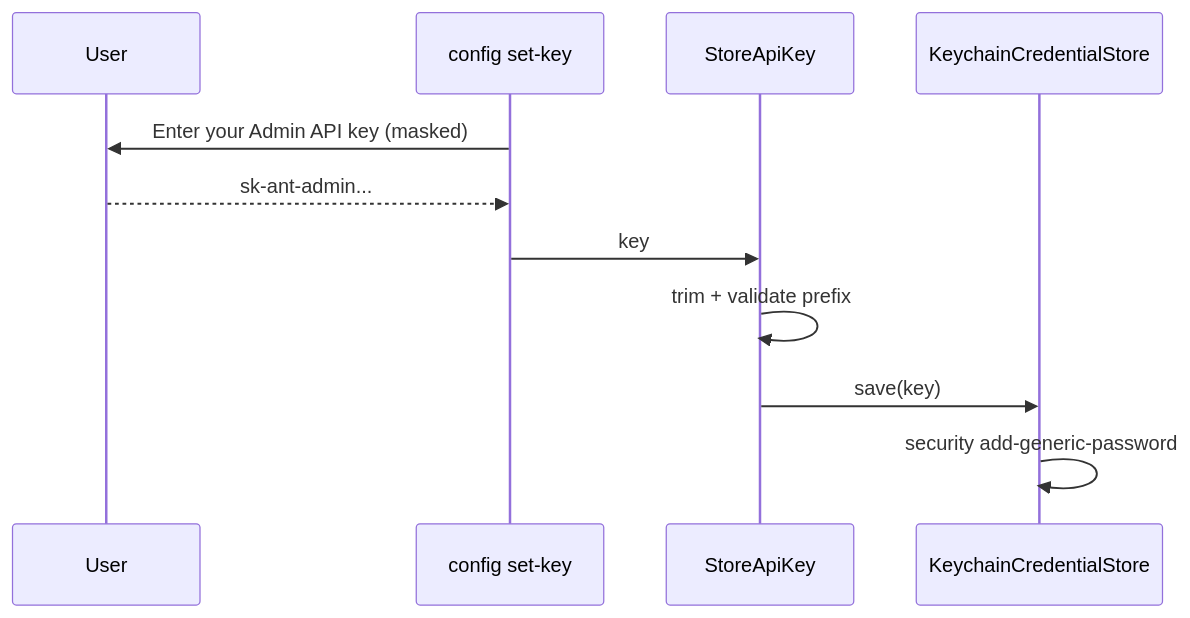
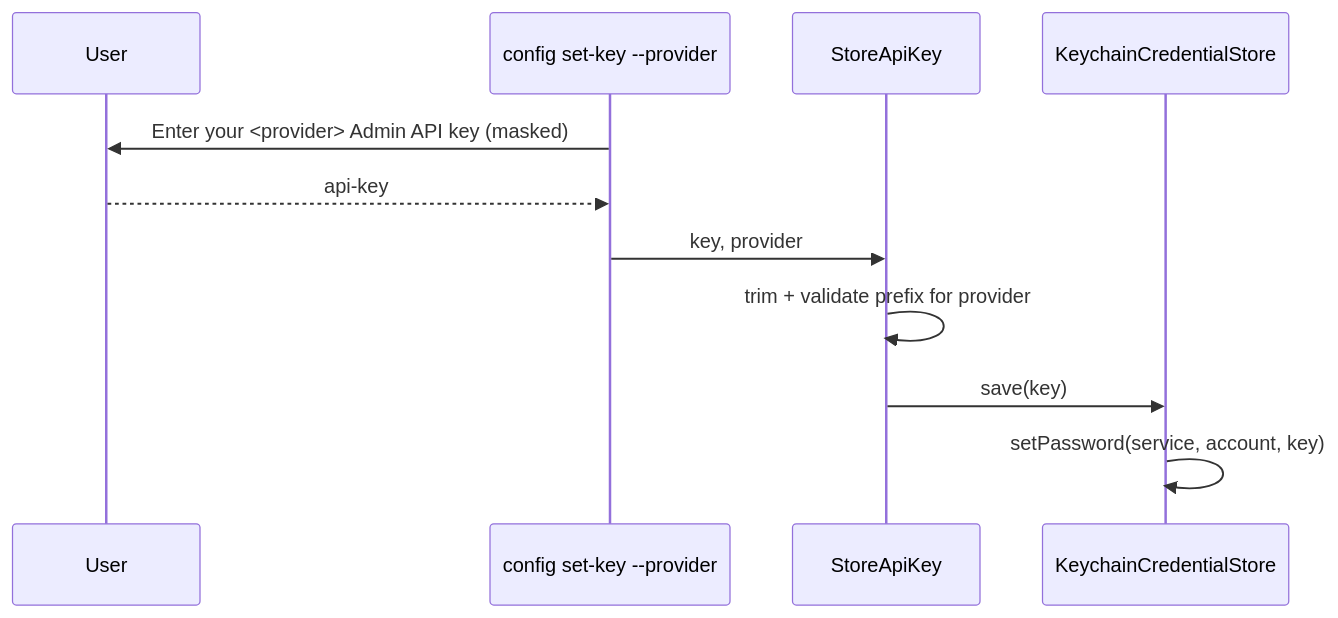
The fourth of 4 diagrams in spec/architecture.md (cyberash-dev/llm-cost-cli), drawn with Mermaid before and after one commit. The commit also changed other lines of this file and 35 other files, not shown here.

````diff
--- a/spec/architecture.md
+++ b/spec/architecture.md
@@ -185,14 +194,14 @@
 ```mermaid
 sequenceDiagram
   participant U as User
-  participant CMD as config set-key
+  participant CMD as config set-key --provider
   participant UC as StoreApiKey
   participant KC as KeychainCredentialStore
 
-  CMD->>U: Enter your Admin API key (masked)
-  U-->>CMD: sk-ant-admin...
-  CMD->>UC: key
-  UC->>UC: trim + validate prefix
+  CMD->>U: Enter your <provider> Admin API key (masked)
+  U-->>CMD: api-key
+  CMD->>UC: key, provider
+  UC->>UC: trim + validate prefix for provider
   UC->>KC: save(key)
-  KC->>KC: security add-generic-password
+  KC->>KC: setPassword(service, account, key)
 ```
````
